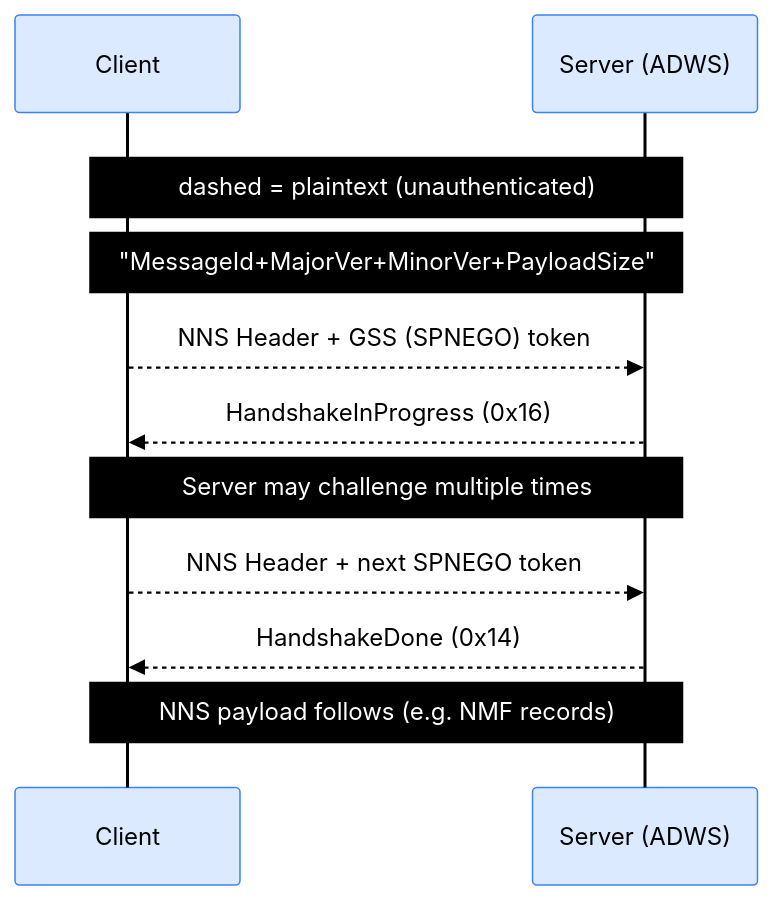
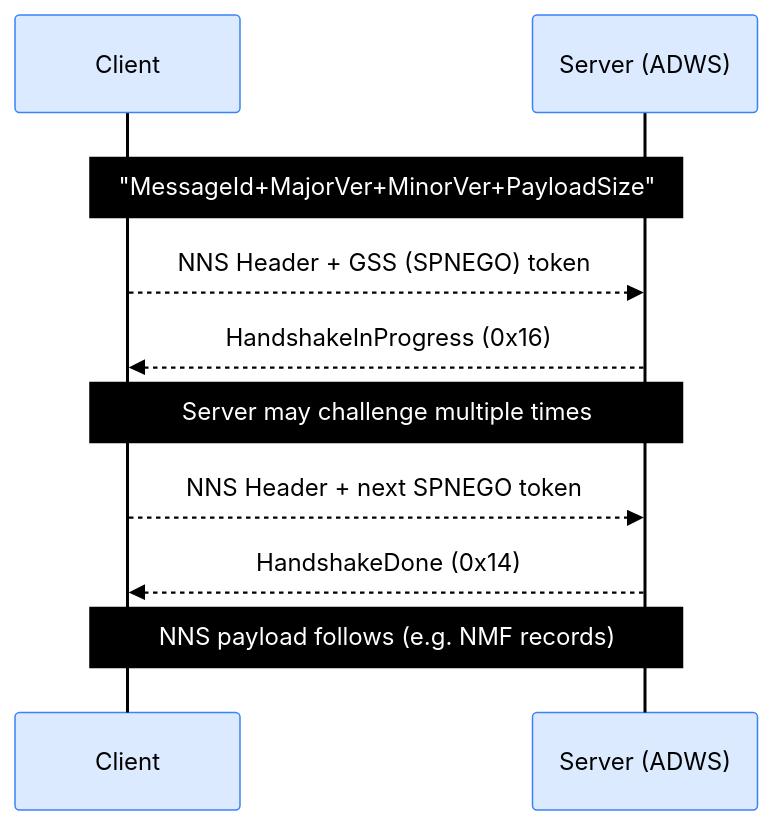
One commit to Macmod/ginpacket-wiki changed the fourth of 4 diagrams in articles/adws-the-soap-bridge.md. Above: the diagram before and after it, drawn with Mermaid. The commit also changed other lines of this file, not shown here.

````diff
--- a/articles/adws-the-soap-bridge.md
+++ b/articles/adws-the-soap-bridge.md
@@ -550,31 +550,30 @@
 ```mermaid
 %%{init: {'theme': 'base', 'themeVariables': {
   'actorBkg': '#dbeafe',
   'actorBorder': '#3b82f6',
   'actorTextColor': '#000000',
   'actorLineColor': '#000000',
   'signalColor': '#000000',
   'signalTextColor': '#000000',
   'labelBoxBkgColor': '#dbeafe',
   'labelBoxBorderColor': '#3b82f6',
   'labelTextColor': '#000000',
   'loopTextColor': '#000000',
   'noteBkgColor': '#000000',
   'noteBorderColor': '#000000',
   'noteTextColor': '#ffffff'
 }}}%%
 sequenceDiagram
     participant C as Client
     participant S as Server (ADWS)
 
     rect rgb(255, 255, 255)
-    Note over C,S: dashed = plaintext (unauthenticated)
     Note over C,S: "MessageId+MajorVer+MinorVer+PayloadSize"
     C-->>S: NNS Header + GSS (SPNEGO) token
     S-->>C: HandshakeInProgress (0x16)
     Note over C,S: Server may challenge multiple times
     C-->>S: NNS Header + next SPNEGO token
     S-->>C: HandshakeDone (0x14)
     Note over C,S: NNS payload follows (e.g. NMF records)
     end
 ```
````
